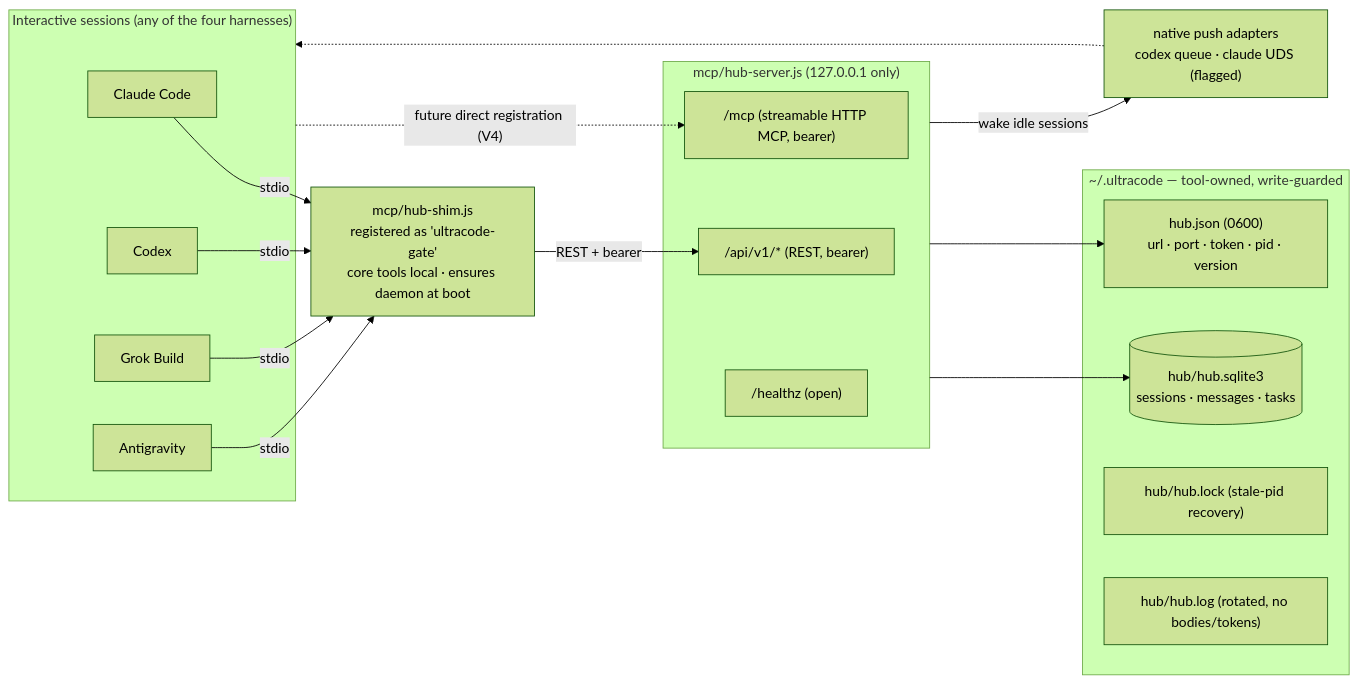
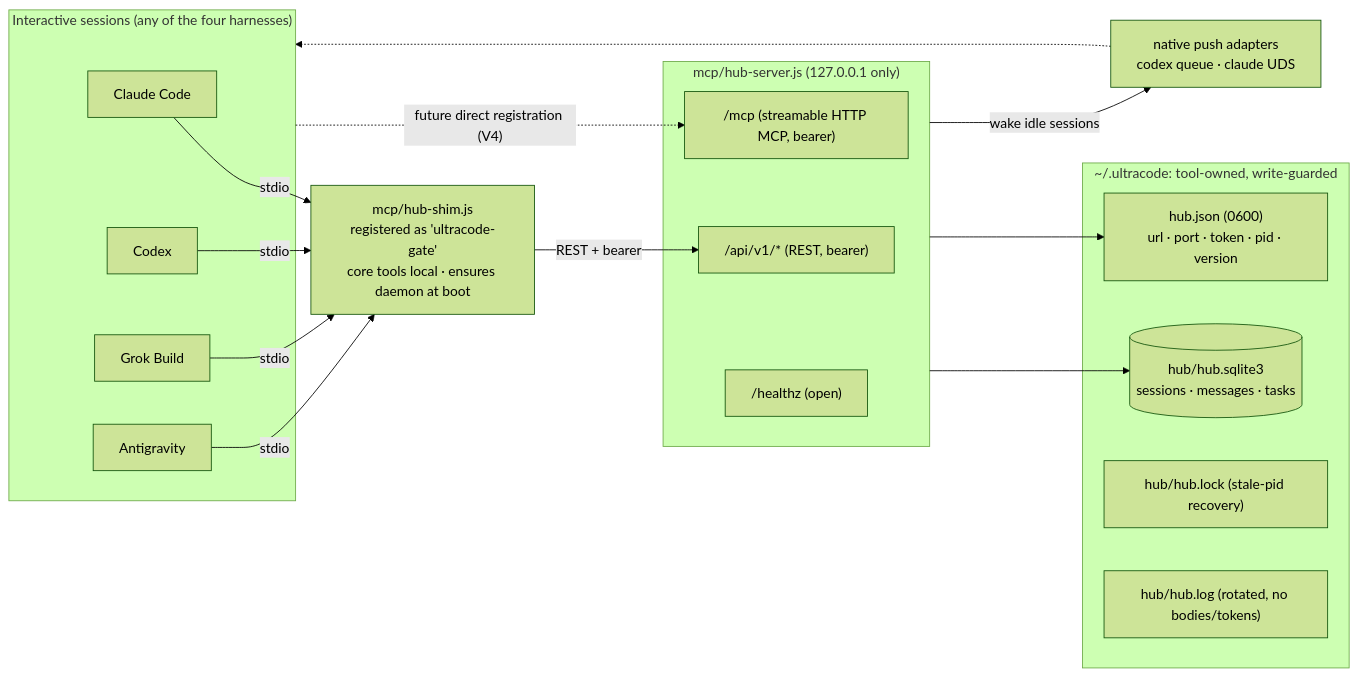
Before and after one commit to diepquynh/ultracode: the first of 4 diagrams in docs/hub.md, drawn with Mermaid (forest theme). The commit also changed other lines of this file and 36 other files, not shown here.

````diff
--- a/docs/hub.md
+++ b/docs/hub.md
@@ -12,29 +11,29 @@
 ```mermaid
 flowchart LR
     subgraph harnesses["Interactive sessions (any of the four harnesses)"]
         H1["Claude Code"]
         H2["Codex"]
         H3["Grok Build"]
         H4["Antigravity"]
     end
     SHIM["mcp/hub-shim.js<br/>registered as 'ultracode-gate'<br/>core tools local · ensures daemon at boot"]
     subgraph daemon["mcp/hub-server.js (127.0.0.1 only)"]
         REST["/api/v1/* (REST, bearer)"]
         MCP["/mcp (streamable HTTP MCP, bearer)"]
         HEALTH["/healthz (open)"]
     end
-    subgraph state["~/.ultracode — tool-owned, write-guarded"]
+    subgraph state["~/.ultracode: tool-owned, write-guarded"]
         INFO["hub.json (0600)<br/>url · port · token · pid · version"]
         SQL[("hub/hub.sqlite3<br/>sessions · messages · tasks")]
         LOCK["hub/hub.lock (stale-pid recovery)"]
         LOG["hub/hub.log (rotated, no bodies/tokens)"]
     end
-    PUSH["native push adapters<br/>codex queue · claude UDS (flagged)"]
+    PUSH["native push adapters<br/>codex queue · claude UDS"]
 
     H1 & H2 & H3 & H4 -- stdio --> SHIM
     SHIM -- "REST + bearer" --> REST
     harnesses -. "future direct registration (V4)" .-> MCP
     daemon --> SQL
     daemon --> INFO
     daemon -- "wake idle sessions" --> PUSH -.-> harnesses
 ```
````
